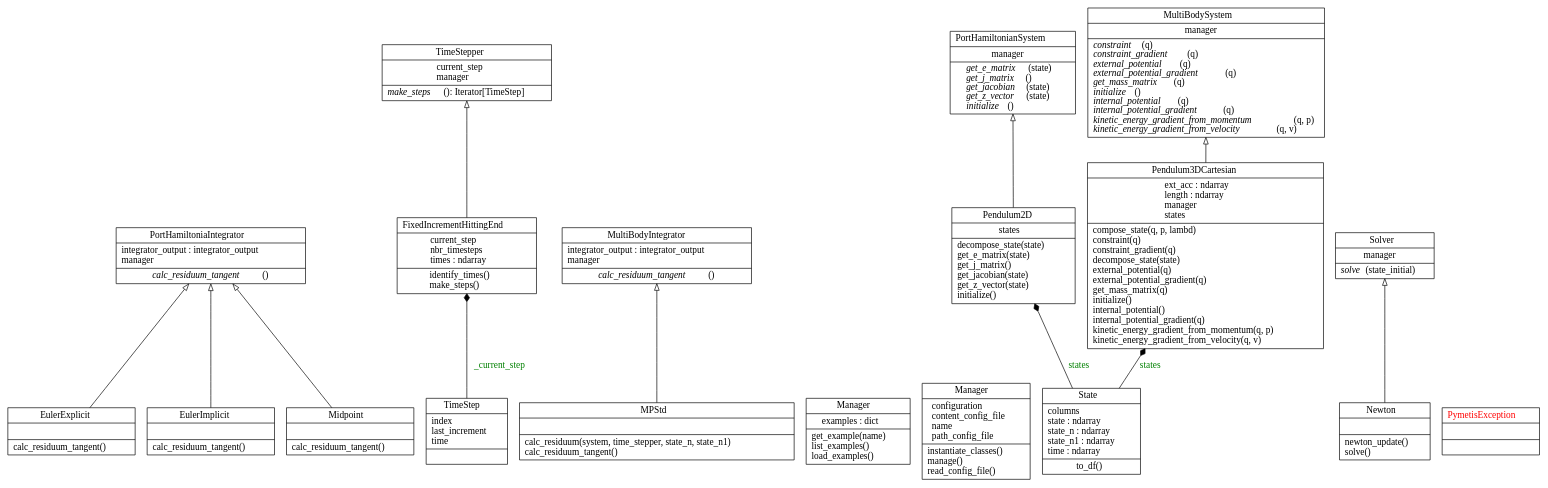
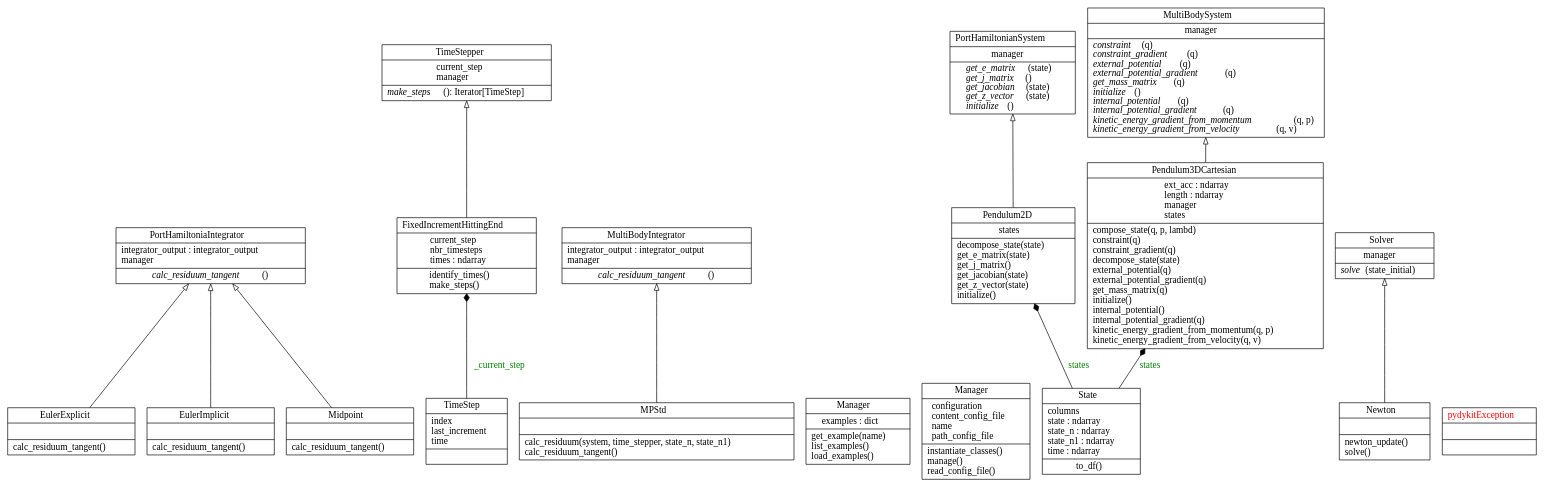
One commit to pydykit/pydykit changed the first of 2 diagrams in docs/README.md. Above: the diagram before and after it, drawn with Graphviz. The commit also changed other lines of this file and 24 other files, not shown here.

````diff
--- a/docs/README.md
+++ b/docs/README.md
@@ -29,36 +29,36 @@
 ```dot
-digraph "classes_pymetis" {
+digraph "classes_pydykit" {
 rankdir=BT
 charset="utf-8"
-"pymetis.integrators.EulerExplicit" [color="black", fontcolor="black", label=<{EulerExplicit|<br ALIGN="LEFT"/>|calc_residuum_tangent()<br ALIGN="LEFT"/>}>, shape="record", style="solid"];
-"pymetis.integrators.EulerImplicit" [color="black", fontcolor="black", label=<{EulerImplicit|<br ALIGN="LEFT"/>|calc_residuum_tangent()<br ALIGN="LEFT"/>}>, shape="record", style="solid"];
-"pymetis.time_steppers.FixedIncrementHittingEnd" [color="black", fontcolor="black", label=<{FixedIncrementHittingEnd|current_step<br ALIGN="LEFT"/>nbr_timesteps<br ALIGN="LEFT"/>times : ndarray<br ALIGN="LEFT"/>|identify_times()<br ALIGN="LEFT"/>make_steps()<br ALIGN="LEFT"/>}>, shape="record", style="solid"];
-"pymetis.integrators.MPStd" [color="black", fontcolor="black", label=<{MPStd|<br ALIGN="LEFT"/>|calc_residuum(system, time_stepper, state_n, state_n1)<br ALIGN="LEFT"/>calc_residuum_tangent()<br ALIGN="LEFT"/>}>, shape="record", style="solid"];
-"pymetis.examples.Manager" [color="black", fontcolor="black", label=<{Manager|examples : dict<br ALIGN="LEFT"/>|get_example(name)<br ALIGN="LEFT"/>list_examples()<br ALIGN="LEFT"/>load_examples()<br ALIGN="LEFT"/>}>, shape="record", style="solid"];
-"pymetis.core.Manager" [color="black", fontcolor="black", label=<{Manager|configuration<br ALIGN="LEFT"/>content_config_file<br ALIGN="LEFT"/>name<br ALIGN="LEFT"/>path_config_file<br ALIGN="LEFT"/>|instantiate_classes()<br ALIGN="LEFT"/>manage()<br ALIGN="LEFT"/>read_config_file()<br ALIGN="LEFT"/>}>, shape="record", style="solid"];
-"pymetis.integrators.Midpoint" [color="black", fontcolor="black", label=<{Midpoint|<br ALIGN="LEFT"/>|calc_residuum_tangent()<br ALIGN="LEFT"/>}>, shape="record", style="solid"];
-"pymetis.integrators.MultiBodyIntegrator" [color="black", fontcolor="black", label=<{MultiBodyIntegrator|integrator_output : integrator_output<br ALIGN="LEFT"/>manager<br ALIGN="LEFT"/>|<I>calc_residuum_tangent</I>()<br ALIGN="LEFT"/>}>, shape="record", style="solid"];
-"pymetis.systems.MultiBodySystem" [color="black", fontcolor="black", label=<{MultiBodySystem|manager<br ALIGN="LEFT"/>|<I>constraint</I>(q)<br ALIGN="LEFT"/><I>constraint_gradient</I>(q)<br ALIGN="LEFT"/><I>external_potential</I>(q)<br ALIGN="LEFT"/><I>external_potential_gradient</I>(q)<br ALIGN="LEFT"/><I>get_mass_matrix</I>(q)<br ALIGN="LEFT"/><I>initialize</I>()<br ALIGN="LEFT"/><I>internal_potential</I>(q)<br ALIGN="LEFT"/><I>internal_potential_gradient</I>(q)<br ALIGN="LEFT"/><I>kinetic_energy_gradient_from_momentum</I>(q, p)<br ALIGN="LEFT"/><I>kinetic_energy_gradient_from_velocity</I>(q, v)<br ALIGN="LEFT"/>}>, shape="record", style="solid"];
-"pymetis.solvers.Newton" [color="black", fontcolor="black", label=<{Newton|<br ALIGN="LEFT"/>|newton_update()<br ALIGN="LEFT"/>solve()<br ALIGN="LEFT"/>}>, shape="record", style="solid"];
-"pymetis.systems.Pendulum2D" [color="black", fontcolor="black", label=<{Pendulum2D|states<br ALIGN="LEFT"/>|decompose_state(state)<br ALIGN="LEFT"/>get_e_matrix(state)<br ALIGN="LEFT"/>get_j_matrix()<br ALIGN="LEFT"/>get_jacobian(state)<br ALIGN="LEFT"/>get_z_vector(state)<br ALIGN="LEFT"/>initialize()<br ALIGN="LEFT"/>}>, shape="record", style="solid"];
-"pymetis.systems.Pendulum3DCartesian" [color="black", fontcolor="black", label=<{Pendulum3DCartesian|ext_acc : ndarray<br ALIGN="LEFT"/>length : ndarray<br ALIGN="LEFT"/>manager<br ALIGN="LEFT"/>states<br ALIGN="LEFT"/>|compose_state(q, p, lambd)<br ALIGN="LEFT"/>constraint(q)<br ALIGN="LEFT"/>constraint_gradient(q)<br ALIGN="LEFT"/>decompose_state(state)<br ALIGN="LEFT"/>external_potential(q)<br ALIGN="LEFT"/>external_potential_gradient(q)<br ALIGN="LEFT"/>get_mass_matrix(q)<br ALIGN="LEFT"/>initialize()<br ALIGN="LEFT"/>internal_potential()<br ALIGN="LEFT"/>internal_potential_gradient(q)<br ALIGN="LEFT"/>kinetic_energy_gradient_from_momentum(q, p)<br ALIGN="LEFT"/>kinetic_energy_gradient_from_velocity(q, v)<br ALIGN="LEFT"/>}>, shape="record", style="solid"];
-"pymetis.integrators.PortHamiltoniaIntegrator" [color="black", fontcolor="black", label=<{PortHamiltoniaIntegrator|integrator_output : integrator_output<br ALIGN="LEFT"/>manager<br ALIGN="LEFT"/>|<I>calc_residuum_tangent</I>()<br ALIGN="LEFT"/>}>, shape="record", style="solid"];
-"pymetis.systems.PortHamiltonianSystem" [color="black", fontcolor="black", label=<{PortHamiltonianSystem|manager<br ALIGN="LEFT"/>|<I>get_e_matrix</I>(state)<br ALIGN="LEFT"/><I>get_j_matrix</I>()<br ALIGN="LEFT"/><I>get_jacobian</I>(state)<br ALIGN="LEFT"/><I>get_z_vector</I>(state)<br ALIGN="LEFT"/><I>initialize</I>()<br ALIGN="LEFT"/>}>, shape="record", style="solid"];
-"pymetis.utils.PymetisException" [color="black", fontcolor="red", label=<{PymetisException|<br ALIGN="LEFT"/>|}>, shape="record", style="solid"];
-"pymetis.solvers.Solver" [color="black", fontcolor="black", label=<{Solver|manager<br ALIGN="LEFT"/>|<I>solve</I>(state_initial)<br ALIGN="LEFT"/>}>, shape="record", style="solid"];
-"pymetis.states.State" [color="black", fontcolor="black", label=<{State|columns<br ALIGN="LEFT"/>state : ndarray<br ALIGN="LEFT"/>state_n : ndarray<br ALIGN="LEFT"/>state_n1 : ndarray<br ALIGN="LEFT"/>time : ndarray<br ALIGN="LEFT"/>|to_df()<br ALIGN="LEFT"/>}>, shape="record", style="solid"];
-"pymetis.time_steppers.TimeStep" [color="black", fontcolor="black", label=<{TimeStep|index<br ALIGN="LEFT"/>last_increment<br ALIGN="LEFT"/>time<br ALIGN="LEFT"/>|}>, shape="record", style="solid"];
-"pymetis.time_steppers.TimeStepper" [color="black", fontcolor="black", label=<{TimeStepper|current_step<br ALIGN="LEFT"/>manager<br ALIGN="LEFT"/>|<I>make_steps</I>(): Iterator[TimeStep]<br ALIGN="LEFT"/>}>, shape="record", style="solid"];
-"pymetis.integrators.EulerExplicit" -> "pymetis.integrators.PortHamiltoniaIntegrator" [arrowhead="empty", arrowtail="none"];
-"pymetis.integrators.EulerImplicit" -> "pymetis.integrators.PortHamiltoniaIntegrator" [arrowhead="empty", arrowtail="none"];
-"pymetis.integrators.MPStd" -> "pymetis.integrators.MultiBodyIntegrator" [arrowhead="empty", arrowtail="none"];
-"pymetis.integrators.Midpoint" -> "pymetis.integrators.PortHamiltoniaIntegrator" [arrowhead="empty", arrowtail="none"];
-"pymetis.solvers.Newton" -> "pymetis.solvers.Solver" [arrowhead="empty", arrowtail="none"];
-"pymetis.systems.Pendulum2D" -> "pymetis.systems.PortHamiltonianSystem" [arrowhead="empty", arrowtail="none"];
-"pymetis.systems.Pendulum3DCartesian" -> "pymetis.systems.MultiBodySystem" [arrowhead="empty", arrowtail="none"];
-"pymetis.time_steppers.FixedIncrementHittingEnd" -> "pymetis.time_steppers.TimeStepper" [arrowhead="empty", arrowtail="none"];
-"pymetis.states.State" -> "pymetis.systems.Pendulum2D" [arrowhead="diamond", arrowtail="none", fontcolor="green", label="states", style="solid"];
-"pymetis.states.State" -> "pymetis.systems.Pendulum3DCartesian" [arrowhead="diamond", arrowtail="none", fontcolor="green", label="states", style="solid"];
-"pymetis.time_steppers.TimeStep" -> "pymetis.time_steppers.FixedIncrementHittingEnd" [arrowhead="diamond", arrowtail="none", fontcolor="green", label="_current_step", style="solid"];
+"pydykit.integrators.EulerExplicit" [color="black", fontcolor="black", label=<{EulerExplicit|<br ALIGN="LEFT"/>|calc_residuum_tangent()<br ALIGN="LEFT"/>}>, shape="record", style="solid"];
+"pydykit.integrators.EulerImplicit" [color="black", fontcolor="black", label=<{EulerImplicit|<br ALIGN="LEFT"/>|calc_residuum_tangent()<br ALIGN="LEFT"/>}>, shape="record", style="solid"];
+"pydykit.time_steppers.FixedIncrementHittingEnd" [color="black", fontcolor="black", label=<{FixedIncrementHittingEnd|current_step<br ALIGN="LEFT"/>nbr_timesteps<br ALIGN="LEFT"/>times : ndarray<br ALIGN="LEFT"/>|identify_times()<br ALIGN="LEFT"/>make_steps()<br ALIGN="LEFT"/>}>, shape="record", style="solid"];
+"pydykit.integrators.MPStd" [color="black", fontcolor="black", label=<{MPStd|<br ALIGN="LEFT"/>|calc_residuum(system, time_stepper, state_n, state_n1)<br ALIGN="LEFT"/>calc_residuum_tangent()<br ALIGN="LEFT"/>}>, shape="record", style="solid"];
+"pydykit.examples.Manager" [color="black", fontcolor="black", label=<{Manager|examples : dict<br ALIGN="LEFT"/>|get_example(name)<br ALIGN="LEFT"/>list_examples()<br ALIGN="LEFT"/>load_examples()<br ALIGN="LEFT"/>}>, shape="record", style="solid"];
+"pydykit.core.Manager" [color="black", fontcolor="black", label=<{Manager|configuration<br ALIGN="LEFT"/>content_config_file<br ALIGN="LEFT"/>name<br ALIGN="LEFT"/>path_config_file<br ALIGN="LEFT"/>|instantiate_classes()<br ALIGN="LEFT"/>manage()<br ALIGN="LEFT"/>read_config_file()<br ALIGN="LEFT"/>}>, shape="record", style="solid"];
+"pydykit.integrators.Midpoint" [color="black", fontcolor="black", label=<{Midpoint|<br ALIGN="LEFT"/>|calc_residuum_tangent()<br ALIGN="LEFT"/>}>, shape="record", style="solid"];
+"pydykit.integrators.MultiBodyIntegrator" [color="black", fontcolor="black", label=<{MultiBodyIntegrator|integrator_output : integrator_output<br ALIGN="LEFT"/>manager<br ALIGN="LEFT"/>|<I>calc_residuum_tangent</I>()<br ALIGN="LEFT"/>}>, shape="record", style="solid"];
+"pydykit.systems.MultiBodySystem" [color="black", fontcolor="black", label=<{MultiBodySystem|manager<br ALIGN="LEFT"/>|<I>constraint</I>(q)<br ALIGN="LEFT"/><I>constraint_gradient</I>(q)<br ALIGN="LEFT"/><I>external_potential</I>(q)<br ALIGN="LEFT"/><I>external_potential_gradient</I>(q)<br ALIGN="LEFT"/><I>get_mass_matrix</I>(q)<br ALIGN="LEFT"/><I>initialize</I>()<br ALIGN="LEFT"/><I>internal_potential</I>(q)<br ALIGN="LEFT"/><I>internal_potential_gradient</I>(q)<br ALIGN="LEFT"/><I>kinetic_energy_gradient_from_momentum</I>(q, p)<br ALIGN="LEFT"/><I>kinetic_energy_gradient_from_velocity</I>(q, v)<br ALIGN="LEFT"/>}>, shape="record", style="solid"];
+"pydykit.solvers.Newton" [color="black", fontcolor="black", label=<{Newton|<br ALIGN="LEFT"/>|newton_update()<br ALIGN="LEFT"/>solve()<br ALIGN="LEFT"/>}>, shape="record", style="solid"];
+"pydykit.systems.Pendulum2D" [color="black", fontcolor="black", label=<{Pendulum2D|states<br ALIGN="LEFT"/>|decompose_state(state)<br ALIGN="LEFT"/>get_e_matrix(state)<br ALIGN="LEFT"/>get_j_matrix()<br ALIGN="LEFT"/>get_jacobian(state)<br ALIGN="LEFT"/>get_z_vector(state)<br ALIGN="LEFT"/>initialize()<br ALIGN="LEFT"/>}>, shape="record", style="solid"];
+"pydykit.systems.Pendulum3DCartesian" [color="black", fontcolor="black", label=<{Pendulum3DCartesian|ext_acc : ndarray<br ALIGN="LEFT"/>length : ndarray<br ALIGN="LEFT"/>manager<br ALIGN="LEFT"/>states<br ALIGN="LEFT"/>|compose_state(q, p, lambd)<br ALIGN="LEFT"/>constraint(q)<br ALIGN="LEFT"/>constraint_gradient(q)<br ALIGN="LEFT"/>decompose_state(state)<br ALIGN="LEFT"/>external_potential(q)<br ALIGN="LEFT"/>external_potential_gradient(q)<br ALIGN="LEFT"/>get_mass_matrix(q)<br ALIGN="LEFT"/>initialize()<br ALIGN="LEFT"/>internal_potential()<br ALIGN="LEFT"/>internal_potential_gradient(q)<br ALIGN="LEFT"/>kinetic_energy_gradient_from_momentum(q, p)<br ALIGN="LEFT"/>kinetic_energy_gradient_from_velocity(q, v)<br ALIGN="LEFT"/>}>, shape="record", style="solid"];
+"pydykit.integrators.PortHamiltoniaIntegrator" [color="black", fontcolor="black", label=<{PortHamiltoniaIntegrator|integrator_output : integrator_output<br ALIGN="LEFT"/>manager<br ALIGN="LEFT"/>|<I>calc_residuum_tangent</I>()<br ALIGN="LEFT"/>}>, shape="record", style="solid"];
+"pydykit.systems.PortHamiltonianSystem" [color="black", fontcolor="black", label=<{PortHamiltonianSystem|manager<br ALIGN="LEFT"/>|<I>get_e_matrix</I>(state)<br ALIGN="LEFT"/><I>get_j_matrix</I>()<br ALIGN="LEFT"/><I>get_jacobian</I>(state)<br ALIGN="LEFT"/><I>get_z_vector</I>(state)<br ALIGN="LEFT"/><I>initialize</I>()<br ALIGN="LEFT"/>}>, shape="record", style="solid"];
+"pydykit.utils.pydykitException" [color="black", fontcolor="red", label=<{pydykitException|<br ALIGN="LEFT"/>|}>, shape="record", style="solid"];
+"pydykit.solvers.Solver" [color="black", fontcolor="black", label=<{Solver|manager<br ALIGN="LEFT"/>|<I>solve</I>(state_initial)<br ALIGN="LEFT"/>}>, shape="record", style="solid"];
+"pydykit.states.State" [color="black", fontcolor="black", label=<{State|columns<br ALIGN="LEFT"/>state : ndarray<br ALIGN="LEFT"/>state_n : ndarray<br ALIGN="LEFT"/>state_n1 : ndarray<br ALIGN="LEFT"/>time : ndarray<br ALIGN="LEFT"/>|to_df()<br ALIGN="LEFT"/>}>, shape="record", style="solid"];
+"pydykit.time_steppers.TimeStep" [color="black", fontcolor="black", label=<{TimeStep|index<br ALIGN="LEFT"/>last_increment<br ALIGN="LEFT"/>time<br ALIGN="LEFT"/>|}>, shape="record", style="solid"];
+"pydykit.time_steppers.TimeStepper" [color="black", fontcolor="black", label=<{TimeStepper|current_step<br ALIGN="LEFT"/>manager<br ALIGN="LEFT"/>|<I>make_steps</I>(): Iterator[TimeStep]<br ALIGN="LEFT"/>}>, shape="record", style="solid"];
+"pydykit.integrators.EulerExplicit" -> "pydykit.integrators.PortHamiltoniaIntegrator" [arrowhead="empty", arrowtail="none"];
+"pydykit.integrators.EulerImplicit" -> "pydykit.integrators.PortHamiltoniaIntegrator" [arrowhead="empty", arrowtail="none"];
+"pydykit.integrators.MPStd" -> "pydykit.integrators.MultiBodyIntegrator" [arrowhead="empty", arrowtail="none"];
+"pydykit.integrators.Midpoint" -> "pydykit.integrators.PortHamiltoniaIntegrator" [arrowhead="empty", arrowtail="none"];
+"pydykit.solvers.Newton" -> "pydykit.solvers.Solver" [arrowhead="empty", arrowtail="none"];
+"pydykit.systems.Pendulum2D" -> "pydykit.systems.PortHamiltonianSystem" [arrowhead="empty", arrowtail="none"];
+"pydykit.systems.Pendulum3DCartesian" -> "pydykit.systems.MultiBodySystem" [arrowhead="empty", arrowtail="none"];
+"pydykit.time_steppers.FixedIncrementHittingEnd" -> "pydykit.time_steppers.TimeStepper" [arrowhead="empty", arrowtail="none"];
+"pydykit.states.State" -> "pydykit.systems.Pendulum2D" [arrowhead="diamond", arrowtail="none", fontcolor="green", label="states", style="solid"];
+"pydykit.states.State" -> "pydykit.systems.Pendulum3DCartesian" [arrowhead="diamond", arrowtail="none", fontcolor="green", label="states", style="solid"];
+"pydykit.time_steppers.TimeStep" -> "pydykit.time_steppers.FixedIncrementHittingEnd" [arrowhead="diamond", arrowtail="none", fontcolor="green", label="_current_step", style="solid"];
 }
 ```
````
